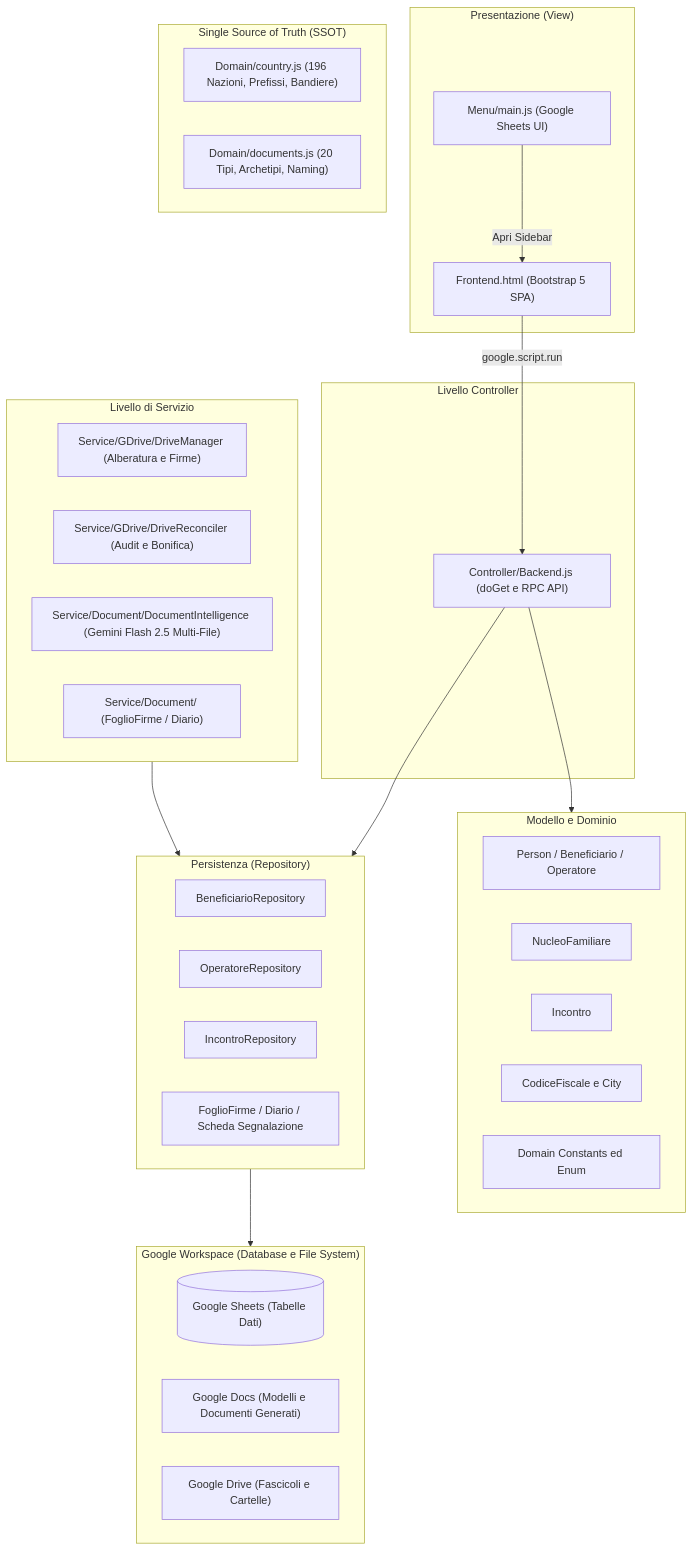
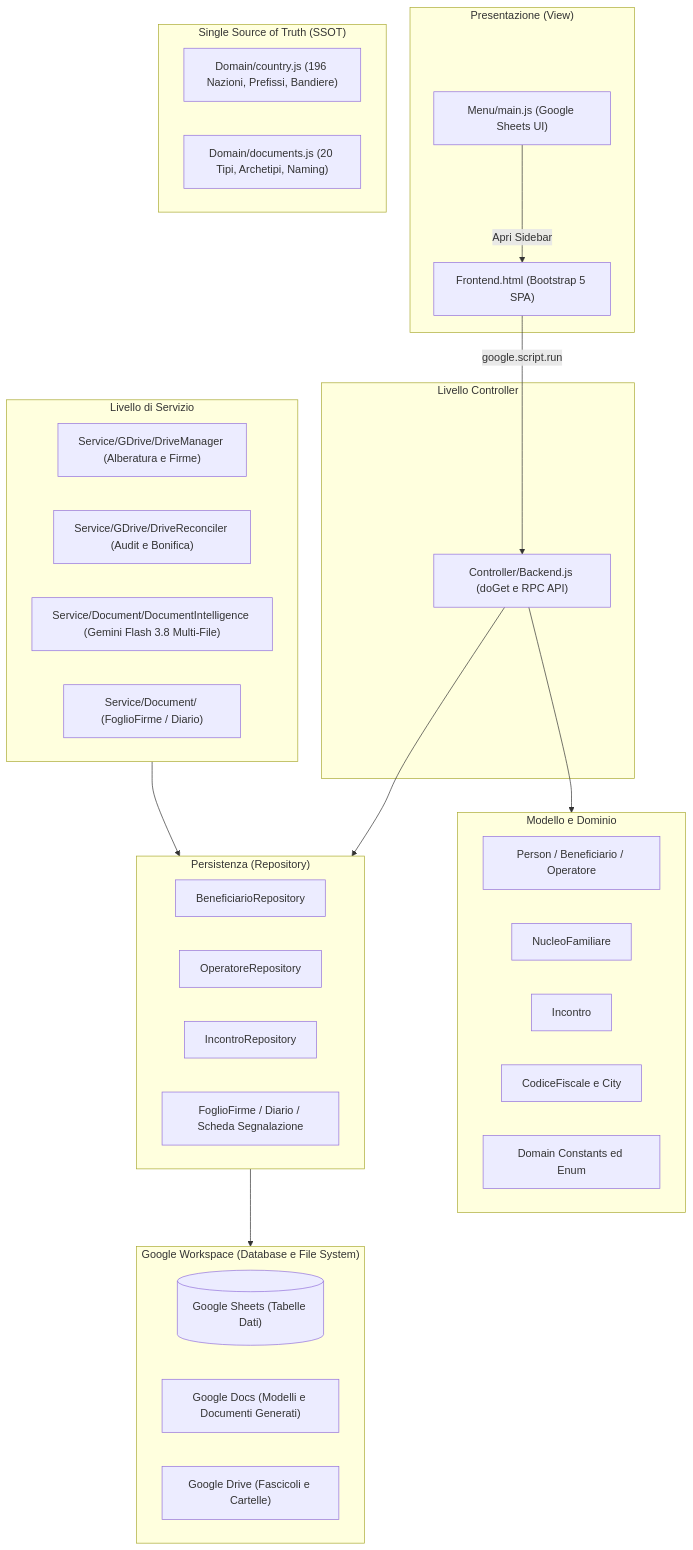
One commit to La-Bussola-dell-Abitare/gas-webapp changed the diagram in README.md. Above: the diagram before and after it, drawn with Mermaid. The commit also changed other lines of this file and 10 other files, not shown here.

````diff
--- a/README.md
+++ b/README.md
@@ -190,51 +190,51 @@
 ```mermaid
 flowchart TD
     subgraph View ["Presentazione (View)"]
         UI["Frontend.html (Bootstrap 5 SPA)"]
         Sidebar["Menu/main.js (Google Sheets UI)"]
     end
 
     subgraph Controller ["Livello Controller"]
         Backend["Controller/Backend.js (doGet e RPC API)"]
     end
 
     subgraph Domain ["Single Source of Truth (SSOT)"]
         Countries["Domain/country.js (196 Nazioni, Prefissi, Bandiere)"]
         Documents["Domain/documents.js (20 Tipi, Archetipi, Naming)"]
     end
 
     subgraph Service ["Livello di Servizio"]
         DriveMgr["Service/GDrive/DriveManager (Alberatura e Firme)"]
         DriveRec["Service/GDrive/DriveReconciler (Audit e Bonifica)"]
-        DocAI["Service/Document/DocumentIntelligence (Gemini Flash 2.5 Multi-File)"]
+        DocAI["Service/Document/DocumentIntelligence (Gemini Flash 3.8 Multi-File)"]
         DocGen["Service/Document/ (FoglioFirme / Diario)"]
     end
 
     subgraph Model ["Modello e Dominio"]
         Person["Person / Beneficiario / Operatore"]
         Nucleo["NucleoFamiliare"]
         Incontro["Incontro"]
         CF["CodiceFiscale e City"]
         Constants["Domain Constants ed Enum"]
     end
 
     subgraph Repository ["Persistenza (Repository)"]
         BenRepo["BeneficiarioRepository"]
         OpRepo["OperatoreRepository"]
         IncRepo["IncontroRepository"]
         DocRepo["FoglioFirme / Diario / Scheda Segnalazione"]
     end
 
     subgraph Storage ["Google Workspace (Database e File System)"]
         GSheets[("Google Sheets (Tabelle Dati)")]
         GDocs["Google Docs (Modelli e Documenti Generati)"]
         GDrive["Google Drive (Fascicoli e Cartelle)"]
     end
 
     UI -->|"google.script.run"| Backend
     Sidebar -->|"Apri Sidebar"| UI
     Backend --> Model
     Backend --> Repository
     Service --> Repository
     Repository --> Storage
 ```
````
